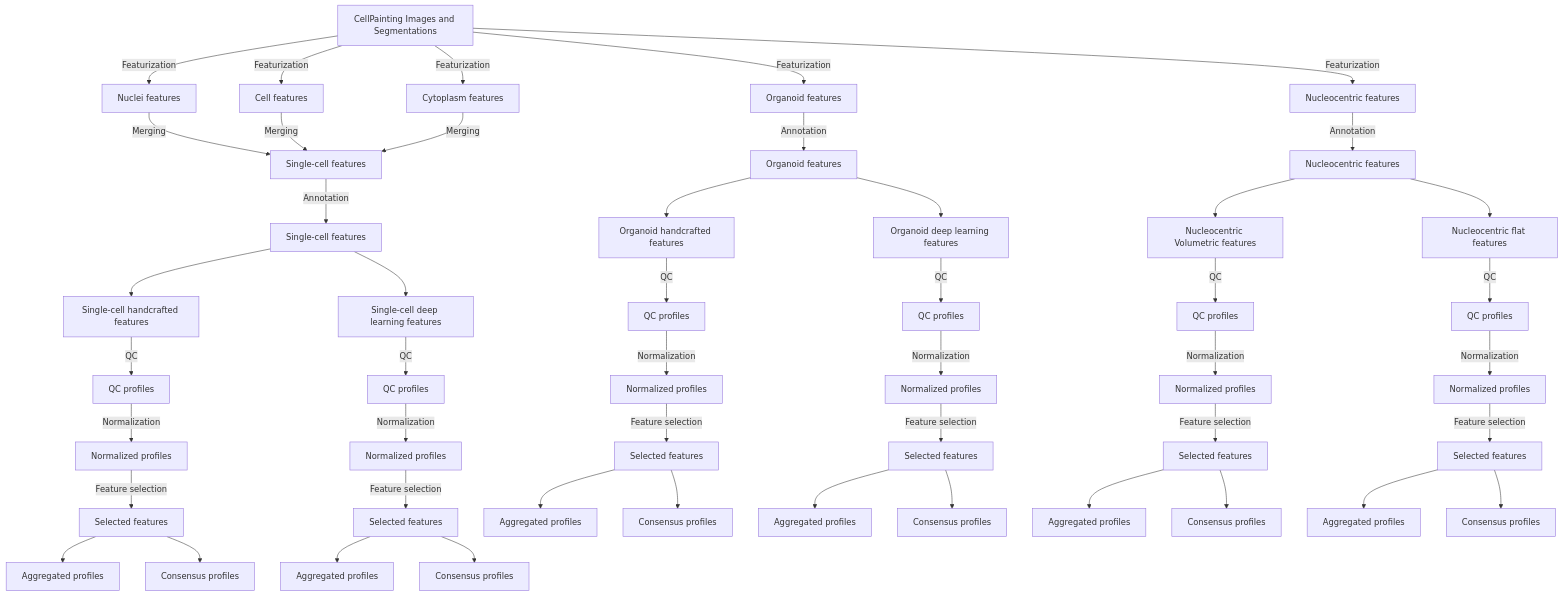
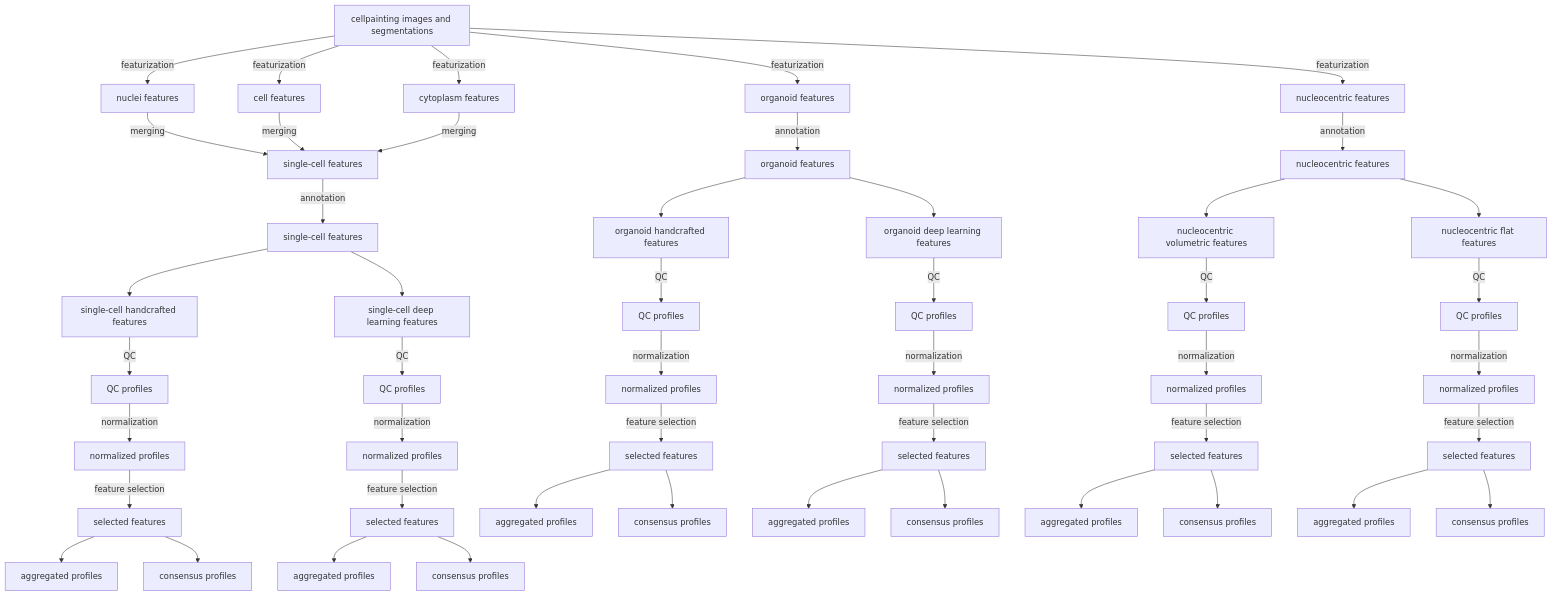
Before and after one commit to WayScience/NF1_3D_organoid_profiling_pipeline: the diagram in 4.processing_image_based_profiles/README.md, drawn with Mermaid. The commit also changed other lines of this file and 67 other files, not shown here.

````diff
--- a/4.processing_image_based_profiles/README.md
+++ b/4.processing_image_based_profiles/README.md
@@ -22,56 +25,56 @@
 ```mermaid
-graph TD
-    A1[CellPainting Images and Segmentations]
+flowchart TD
+    A1[cellpainting images and segmentations]
 
 
-    A1 -->|Featurization| B[Nuclei features ]
-    A1 -->|Featurization| C[Cell features ]
-    A1 -->|Featurization| D[Cytoplasm features ]
-    A1 -->|Featurization| E[Organoid features ]
-    A1 -->|Featurization| F[Nucleocentric features ]
+    A1 -->|featurization| B[nuclei features ]
+    A1 -->|featurization| C[cell features ]
+    A1 -->|featurization| D[cytoplasm features ]
+    A1 -->|featurization| E[organoid features ]
+    A1 -->|featurization| F[nucleocentric features ]
 
 
-    B --> |Merging| G[Single-cell features ]
-    C --> |Merging| G[Single-cell features ]
-    D --> |Merging| G[Single-cell features ]
-    G --> |Annotation| G1[Single-cell features ]
+    B --> |merging| G[single-cell features ]
+    C --> |merging| G[single-cell features ]
+    D --> |merging| G[single-cell features ]
+    G --> |annotation| G1[single-cell features ]
 
-    E --> |Annotation| H[Organoid features ]
-    F --> |Annotation| I[Nucleocentric features ]
-    G1 --> J[Single-cell handcrafted features ]
-    G1 --> K[Single-cell deep learning features ]
-    H --> L[Organoid handcrafted features]
-    H --> M[Organoid deep learning features]
-    I --> N[Nucleocentric Volumetric features]
-    I --> O[Nucleocentric flat features]
+    E --> |annotation| H[organoid features ]
+    F --> |annotation| I[nucleocentric features ]
+    G1 --> J[single-cell handcrafted features ]
+    G1 --> K[single-cell deep learning features ]
+    H --> L[organoid handcrafted features]
+    H --> M[organoid deep learning features]
+    I --> N[nucleocentric volumetric features]
+    I --> O[nucleocentric flat features]
     J --> |QC| P1[QC profiles]
     K --> |QC| P2[QC profiles]
     L --> |QC| P3[QC profiles]
     M --> |QC| P4[QC profiles]
     N --> |QC| P5[QC profiles]
     O --> |QC| P6[QC profiles]
-    P1 --> |Normalization| S1[Normalized profiles]
-    P2 --> |Normalization| S2[Normalized profiles]
-    P3 --> |Normalization| S3[Normalized profiles]
-    P4 --> |Normalization| S4[Normalized profiles]
-    P5 --> |Normalization| S5[Normalized profiles]
-    P6 --> |Normalization| S6[Normalized profiles]
-    S1 --> |Feature selection| T1[Selected features]
-    S2 --> |Feature selection| T2[Selected features]
-    S3 --> |Feature selection| T3[Selected features]
-    S4 --> |Feature selection| T4[Selected features]
-    S5 --> |Feature selection| T5[Selected features]
-    S6 --> |Feature selection| T6[Selected features]
-    T1 --> U1[Aggregated profiles]
-    T2 --> U2[Aggregated profiles]
-    T3 --> U3[Aggregated profiles]
-    T4 --> U4[Aggregated profiles]
-    T5 --> U5[Aggregated profiles]
-    T6 --> U6[Aggregated profiles]
-    T1 --> V1[Consensus profiles]
-    T2 --> V2[Consensus profiles]
-    T3 --> V3[Consensus profiles]
-    T4 --> V4[Consensus profiles]
-    T5 --> V5[Consensus profiles]
-    T6 --> V6[Consensus profiles]
+    P1 --> |normalization| S1[normalized profiles]
+    P2 --> |normalization| S2[normalized profiles]
+    P3 --> |normalization| S3[normalized profiles]
+    P4 --> |normalization| S4[normalized profiles]
+    P5 --> |normalization| S5[normalized profiles]
+    P6 --> |normalization| S6[normalized profiles]
+    S1 --> |feature selection| T1[selected features]
+    S2 --> |feature selection| T2[selected features]
+    S3 --> |feature selection| T3[selected features]
+    S4 --> |feature selection| T4[selected features]
+    S5 --> |feature selection| T5[selected features]
+    S6 --> |feature selection| T6[selected features]
+    T1 --> U1[aggregated profiles]
+    T2 --> U2[aggregated profiles]
+    T3 --> U3[aggregated profiles]
+    T4 --> U4[aggregated profiles]
+    T5 --> U5[aggregated profiles]
+    T6 --> U6[aggregated profiles]
+    T1 --> V1[consensus profiles]
+    T2 --> V2[consensus profiles]
+    T3 --> V3[consensus profiles]
+    T4 --> V4[consensus profiles]
+    T5 --> V5[consensus profiles]
+    T6 --> V6[consensus profiles]
 ```
````
